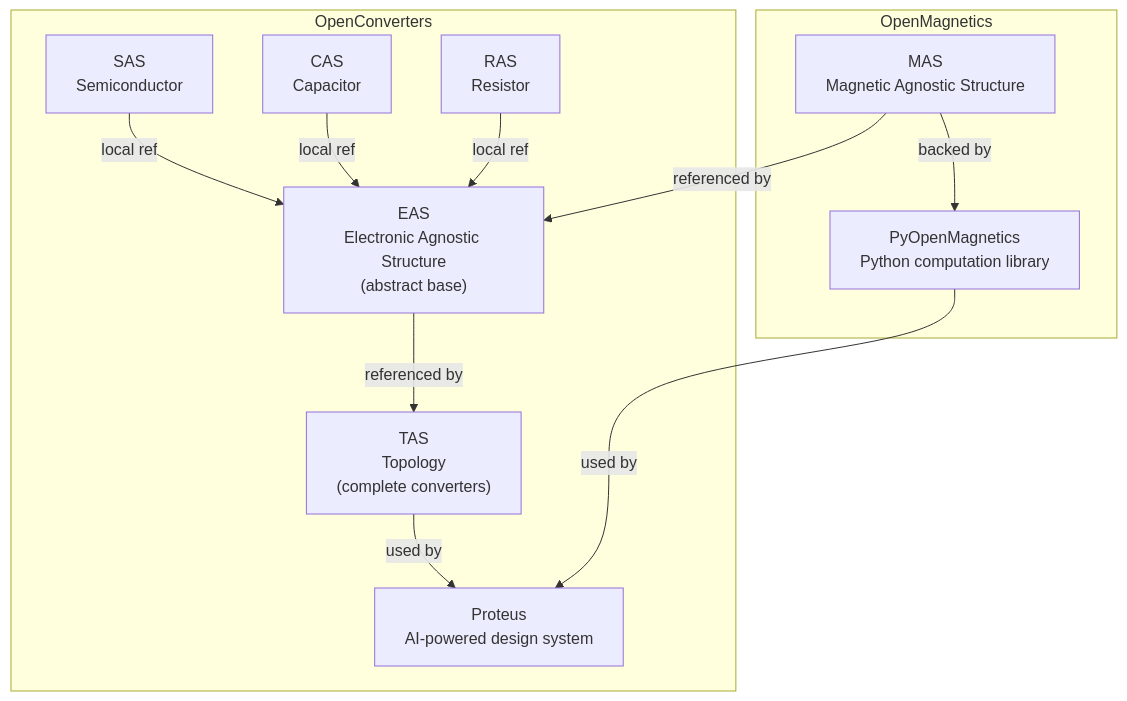
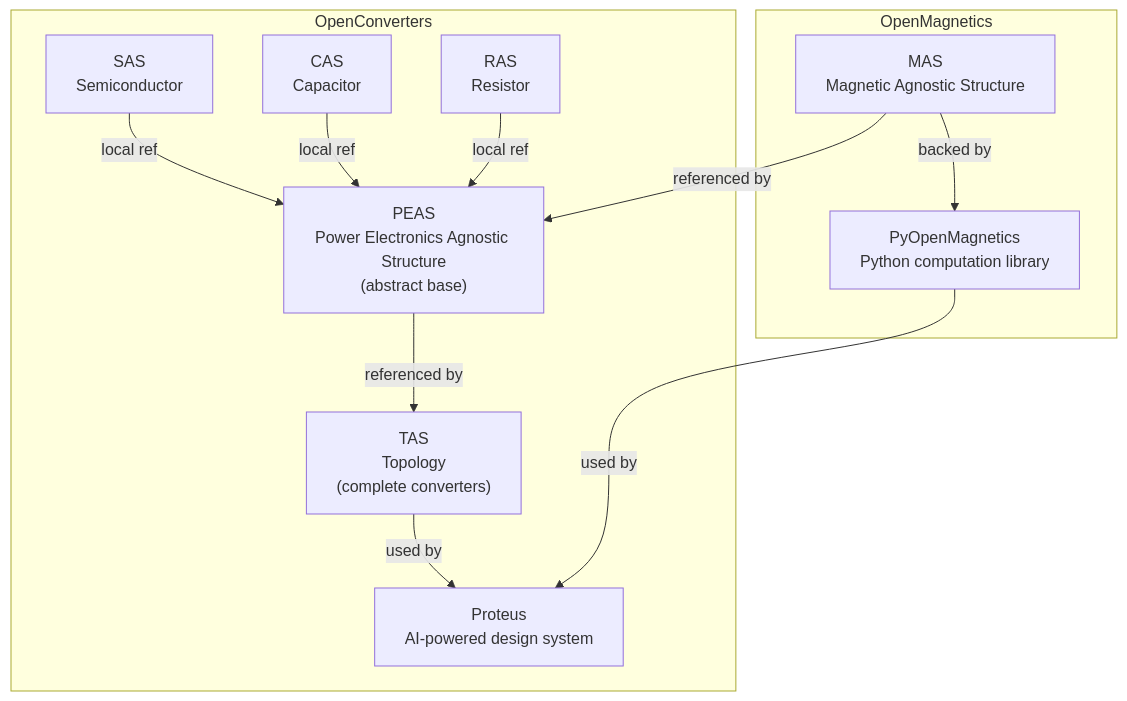
Before and after one commit to Power-Supply-Manufacturers-Association/PEAS: the second of 4 diagrams in docs/architecture.md, drawn with Mermaid. The commit also changed other lines of this file and 13 other files, not shown here.

First line of the commit message:
Rename EAS to PEAS (Power Electronics Agnostic Structure)

````diff
--- a/docs/architecture.md
+++ b/docs/architecture.md
@@ -55,25 +55,25 @@
 ```mermaid
 flowchart TB
     subgraph OpenMagnetics
         MAS_REPO["MAS<br/>Magnetic Agnostic Structure"]
         PyOM["PyOpenMagnetics<br/>Python computation library"]
     end
 
     subgraph OpenConverters
-        EAS_REPO["EAS<br/>Electronic Agnostic Structure<br/>(abstract base)"]
+        EAS_REPO["PEAS<br/>Power Electronics Agnostic Structure<br/>(abstract base)"]
         SAS_REPO["SAS<br/>Semiconductor"]
         CAS_REPO["CAS<br/>Capacitor"]
         RAS_REPO["RAS<br/>Resistor"]
         TAS_REPO["TAS<br/>Topology<br/>(complete converters)"]
         Proteus["Proteus<br/>AI-powered design system"]
     end
 
     MAS_REPO -->|"referenced by"| EAS_REPO
     SAS_REPO -->|"local ref"| EAS_REPO
     CAS_REPO -->|"local ref"| EAS_REPO
     RAS_REPO -->|"local ref"| EAS_REPO
     EAS_REPO -->|"referenced by"| TAS_REPO
     TAS_REPO -->|"used by"| Proteus
     PyOM -->|"used by"| Proteus
     MAS_REPO -->|"backed by"| PyOM
 ```
````
